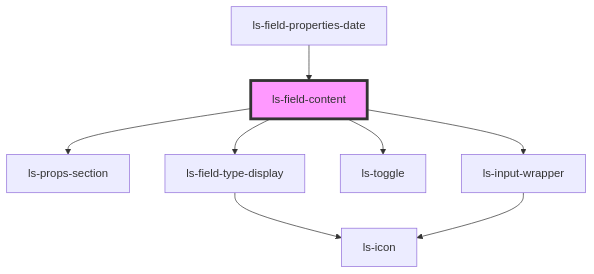
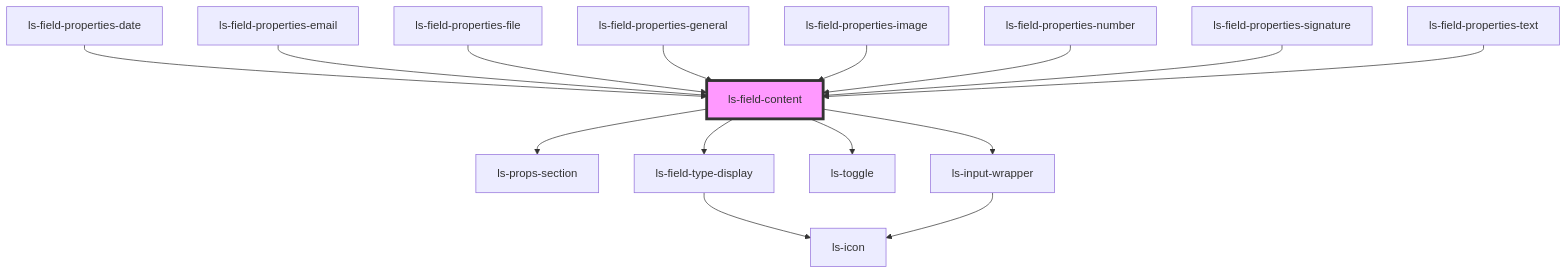
Before and after one commit to legalesign/ls-document-viewer: the diagram in src/components/ls-field-content/readme.md, drawn with Mermaid. The commit also changed other lines of this file and 16 other files, not shown here.

````diff
--- a/src/components/ls-field-content/readme.md
+++ b/src/components/ls-field-content/readme.md
@@ -30,11 +37,18 @@
 ```mermaid
 graph TD;
   ls-field-content --> ls-props-section
   ls-field-content --> ls-field-type-display
   ls-field-content --> ls-toggle
   ls-field-content --> ls-input-wrapper
   ls-field-type-display --> ls-icon
   ls-input-wrapper --> ls-icon
   ls-field-properties-date --> ls-field-content
+  ls-field-properties-email --> ls-field-content
+  ls-field-properties-file --> ls-field-content
+  ls-field-properties-general --> ls-field-content
+  ls-field-properties-image --> ls-field-content
+  ls-field-properties-number --> ls-field-content
+  ls-field-properties-signature --> ls-field-content
+  ls-field-properties-text --> ls-field-content
   style ls-field-content fill:#f9f,stroke:#333,stroke-width:4px
 ```
````
